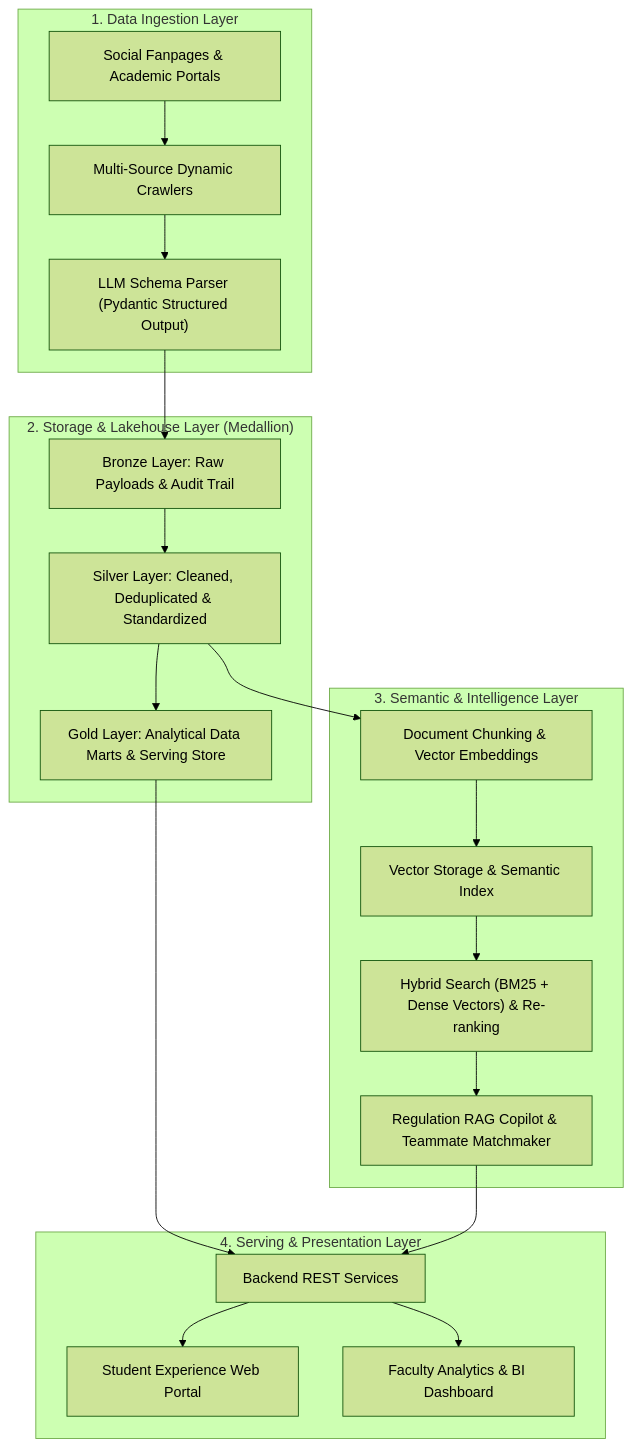
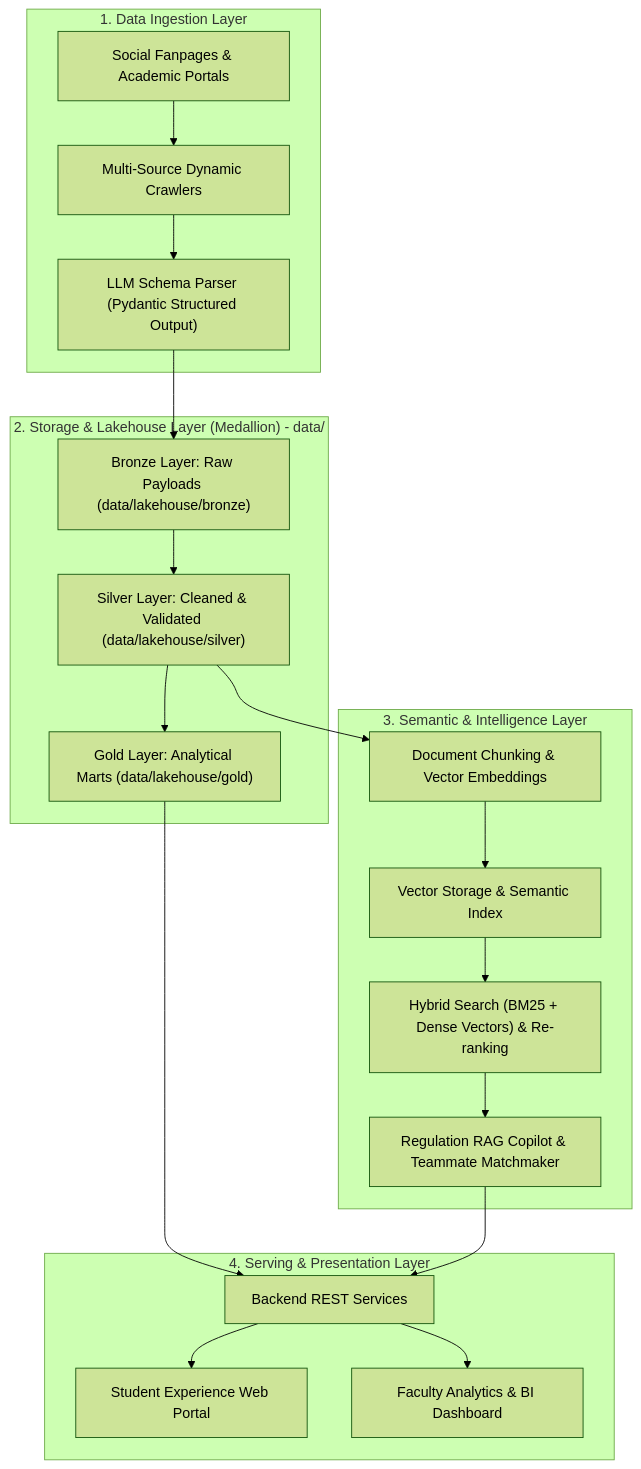
Before and after one commit to darktheDE/acdp-platform: the diagram in README.md, drawn with Mermaid (forest theme). The commit also changed other lines of this file and 25 other files, not shown here.

Commit message:
feat: add raw data directories, sample HTML/Markdown files, and storage documentation

````diff
--- a/README.md
+++ b/README.md
@@ -42,27 +42,27 @@
 ```mermaid
 flowchart TD
     subgraph Ingestion["1. Data Ingestion Layer"]
         A1["Social Fanpages & Academic Portals"] --> B1["Multi-Source Dynamic Crawlers"]
         B1 --> B2["LLM Schema Parser (Pydantic Structured Output)"]
     end
 
-    subgraph Lakehouse["2. Storage & Lakehouse Layer (Medallion)"]
-        B2 --> C1["Bronze Layer: Raw Payloads & Audit Trail"]
-        C1 --> C2["Silver Layer: Cleaned, Deduplicated & Standardized"]
-        C2 --> C3["Gold Layer: Analytical Data Marts & Serving Store"]
+    subgraph Lakehouse["2. Storage & Lakehouse Layer (Medallion) - data/"]
+        B2 --> C1["Bronze Layer: Raw Payloads (data/lakehouse/bronze)"]
+        C1 --> C2["Silver Layer: Cleaned & Validated (data/lakehouse/silver)"]
+        C2 --> C3["Gold Layer: Analytical Marts (data/lakehouse/gold)"]
     end
 
     subgraph Intelligence["3. Semantic & Intelligence Layer"]
         C2 --> D1["Document Chunking & Vector Embeddings"]
         D1 --> D2["Vector Storage & Semantic Index"]
         D2 --> D3["Hybrid Search (BM25 + Dense Vectors) & Re-ranking"]
         D3 --> D4["Regulation RAG Copilot & Teammate Matchmaker"]
     end
 
     subgraph Serving["4. Serving & Presentation Layer"]
         C3 --> E1["Backend REST Services"]
         D4 --> E1
         E1 --> F1["Student Experience Web Portal"]
         E1 --> F2["Faculty Analytics & BI Dashboard"]
     end
 ```
````
